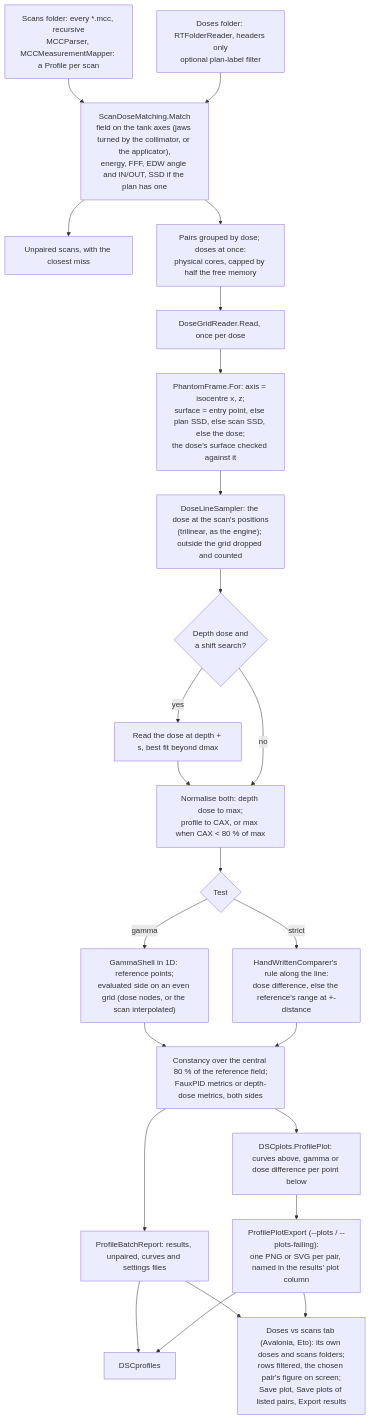
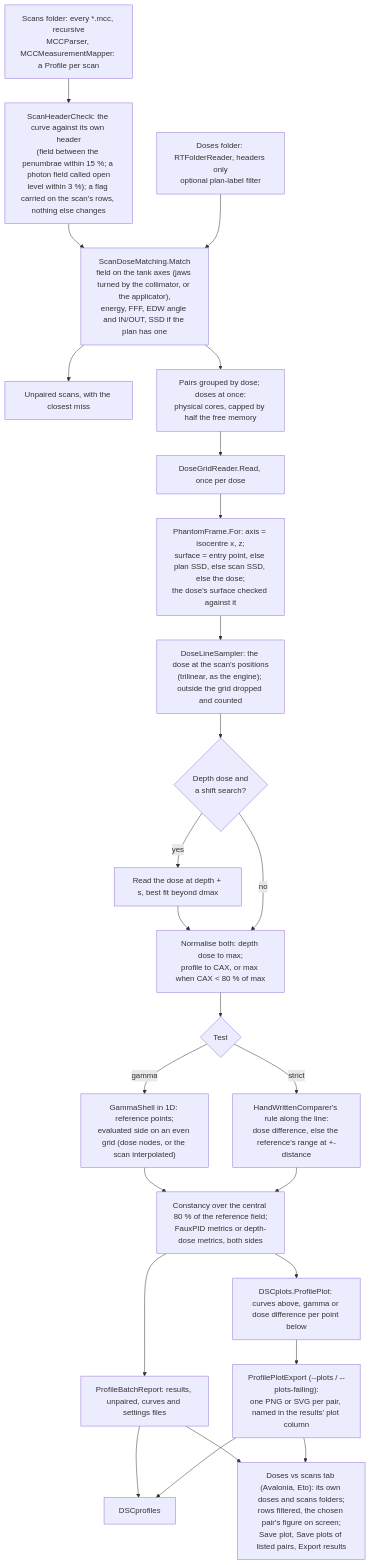
Before and after one commit to crcrewso/DicomStrictCompare: the fifth of 5 diagrams in design/data-flow.md, drawn with Mermaid. The commit also changed other lines of this file and 4 other files, not shown here.

````diff
--- a/design/data-flow.md
+++ b/design/data-flow.md
@@ -107,25 +107,26 @@
 ```mermaid
 flowchart TD
-    scans["Scans folder: every *.mcc, recursive<br/>MCCParser, MCCMeasurementMapper: a Profile per scan"] --> pair
+    scans["Scans folder: every *.mcc, recursive<br/>MCCParser, MCCMeasurementMapper: a Profile per scan"] --> check
+    check["ScanHeaderCheck: the curve against its own header<br/>(field between the penumbrae within 15 %; a photon field called open<br/>level within 3 %); a flag carried on the scan's rows, nothing else changes"] --> pair
     doses["Doses folder: RTFolderReader, headers only<br/>optional plan-label filter"] --> pair
     pair["ScanDoseMatching.Match<br/>field on the tank axes (jaws turned by the collimator, or the applicator),<br/>energy, FFF, EDW angle and IN/OUT, SSD if the plan has one"] --> unpaired["Unpaired scans, with the closest miss"]
     pair --> group["Pairs grouped by dose; doses at once:<br/>physical cores, capped by half the free memory"]
     group --> load["DoseGridReader.Read, once per dose"]
     load --> frame["PhantomFrame.For: axis = isocentre x, z;<br/>surface = entry point, else plan SSD, else scan SSD, else the dose;<br/>the dose's surface checked against it"]
     frame --> sample["DoseLineSampler: the dose at the scan's positions<br/>(trilinear, as the engine); outside the grid dropped and counted"]
     sample --> shift{"Depth dose and<br/>a shift search?"}
     shift -- yes --> best["Read the dose at depth + s, best fit beyond dmax"] --> norm
     shift -- no --> norm["Normalise both: depth dose to max;<br/>profile to CAX, or max when CAX &lt; 80 % of max"]
     norm --> test{"Test"}
     test -- gamma --> gamma["GammaShell in 1D: reference points;<br/>evaluated side on an even grid (dose nodes, or the scan interpolated)"]
     test -- strict --> strict["HandWrittenComparer's rule along the line:<br/>dose difference, else the reference's range at +-distance"]
     gamma --> extra
     strict --> extra["Constancy over the central 80 % of the reference field;<br/>FauxPID metrics or depth-dose metrics, both sides"]
     extra --> csv["ProfileBatchReport: results, unpaired, curves and settings files"]
     extra --> figure["DSCplots.ProfilePlot: curves above, gamma or dose difference per point below"]
     figure --> files["ProfilePlotExport (--plots / --plots-failing):<br/>one PNG or SVG per pair, named in the results' plot column"]
     csv --> cli["DSCprofiles"]
     files --> cli
     csv --> tab["Doses vs scans tab (Avalonia, Eto): its own doses and scans folders;<br/>rows filtered, the chosen pair's figure on screen;<br/>Save plot, Save plots of listed pairs, Export results"]
     files --> tab
 ```
````
